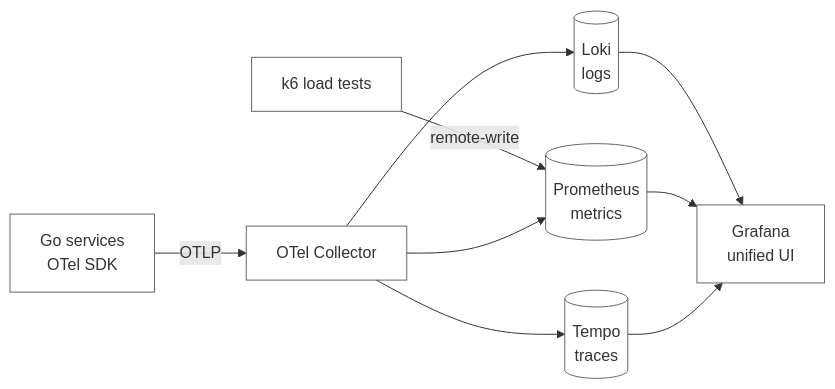
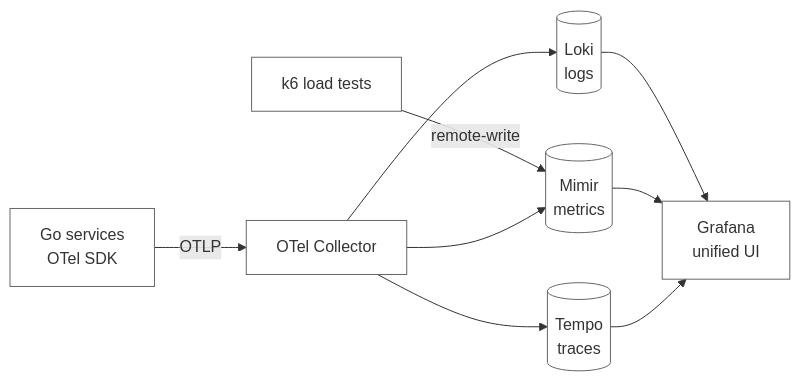
The diagram in docs/observability.md (1Kyryll/E-Commerce-System), drawn with Mermaid before and after one commit. The commit also changed other lines of this file, not shown here.

Commit message:
docs(obs): reflect Mimir + per-container LGTM layout

````diff
--- a/docs/observability.md
+++ b/docs/observability.md
@@ -21,22 +21,22 @@
 ```mermaid
 flowchart LR
     APP[Go services<br/>OTel SDK]
     K6[k6 load tests]
     COLL[OTel Collector]
     LOKI[(Loki<br/>logs)]
-    PROM[(Prometheus<br/>metrics)]
+    MIMIR[(Mimir<br/>metrics)]
     TEMPO[(Tempo<br/>traces)]
     GRAF[Grafana<br/>unified UI]
  
     APP -->|OTLP| COLL
-    K6 -->|remote-write| PROM
+    K6 -->|remote-write| MIMIR
     COLL --> LOKI
-    COLL --> PROM
+    COLL --> MIMIR
     COLL --> TEMPO
     LOKI --> GRAF
-    PROM --> GRAF
+    MIMIR --> GRAF
     TEMPO --> GRAF
  
     classDef plain fill:none,stroke:#666
-    class APP,K6,COLL,LOKI,PROM,TEMPO,GRAF plain
+    class APP,K6,COLL,LOKI,MIMIR,TEMPO,GRAF plain
 ```
````
